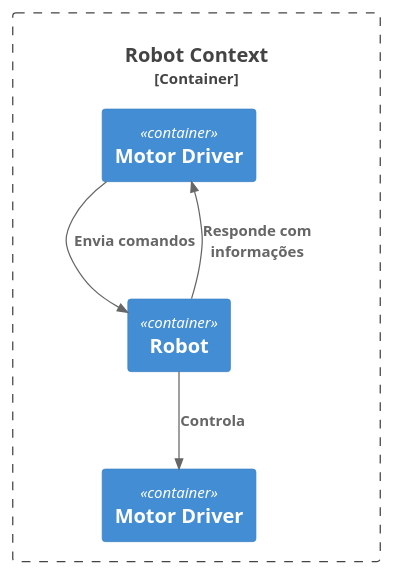
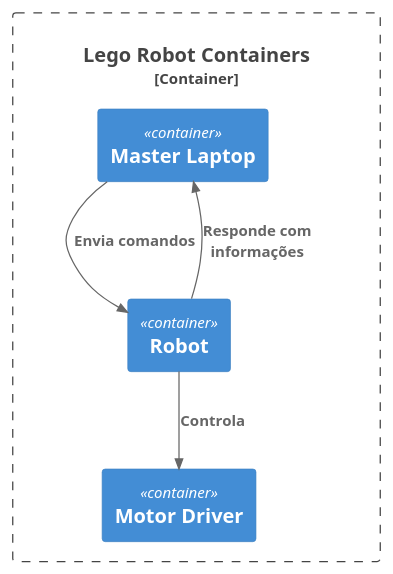
The diagram in container.puml (Populim/swarchitecure), drawn with PlantUML before and after one commit. The commit also changed 8 other files, not shown here.

Commit message:
updated diagrams 09/01

```diff
--- a/container.puml
+++ b/container.puml
@@ -1,21 +1,16 @@
 @startuml C4_Elements
 !include https://raw.githubusercontent.com/plantuml-stdlib/C4-PlantUML/master/C4_Container.puml
 
-Container_Boundary(robot_context,"Robot Context"){
-    
-    
-    Container(master1,"Motor Driver")
+Container_Boundary(robot_context,"Lego Robot Containers"){
+        
+    Container(master1,"Master Laptop")
     Container(robot1,"Robot")
     Container(motordriver1,"Motor Driver")
-
 
     Rel(master1,robot1,"Envia comandos")
     Rel(robot1,master1,"Responde com informações")
     Rel(robot1,motordriver1,"Controla")
     
 }
 
-
-
-
 @enduml
```
